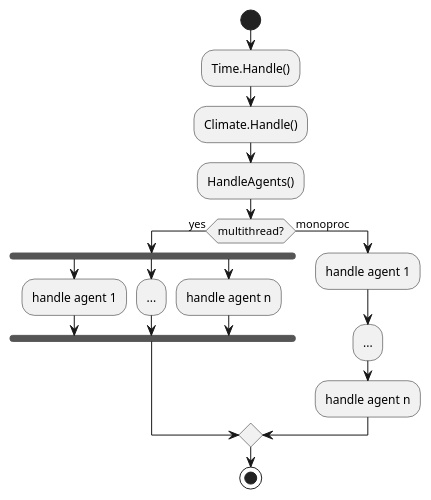
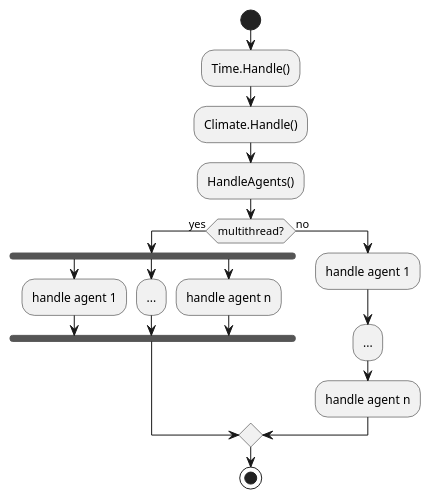
Before and after one commit to poetter-sebastian/Simulation: the diagram in Simlation/Assets/Doc/Ac.puml, drawn with PlantUML. The commit also changed 48 other files, not shown here.

```diff
--- a/Simlation/Assets/Doc/Ac.puml
+++ b/Simlation/Assets/Doc/Ac.puml
@@ -1,23 +1,23 @@
 @startuml
 
 start
 :Time.Handle();
 :Climate.Handle();
 :HandleAgents();
 if (multithread?) then (yes)
   fork
     :handle agent 1;
   fork again
     :...;
   fork again
     :handle agent n;
   end fork
-else (monoproc)
+else (no)
   :handle agent 1;
   :...;
   :handle agent n;
 endif
 
 stop
 
 @enduml
```
